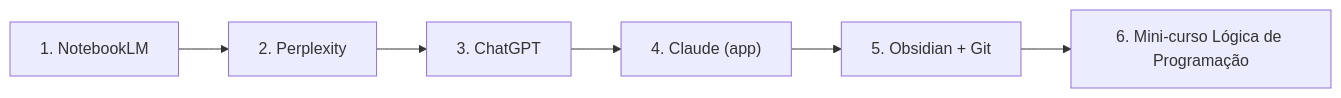
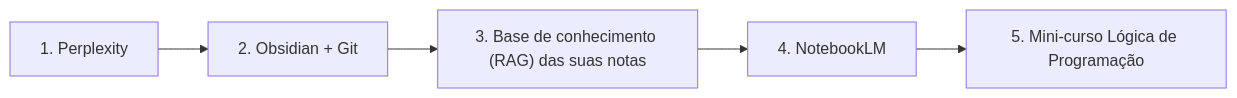
One commit to AlanMateus17/dev-setup changed the fifth of 13 diagrams in docs/fluxos.md. Above: the diagram before and after it, drawn with Mermaid. The commit also changed other lines of this file and 38 other files, not shown here.

````diff
--- a/docs/fluxos.md
+++ b/docs/fluxos.md
@@ -147,14 +147,12 @@
 ```mermaid
 flowchart LR
-  s0["1. NotebookLM"]
-  s1["2. Perplexity"]
-  s2["3. ChatGPT"]
-  s3["4. Claude (app)"]
-  s4["5. Obsidian + Git"]
-  s5["6. Mini-curso Lógica de Programação"]
+  s0["1. Perplexity"]
+  s1["2. Obsidian + Git"]
+  s2["3. Base de conhecimento (RAG) das suas notas"]
+  s3["4. NotebookLM"]
+  s4["5. Mini-curso Lógica de Programação"]
   s0 --> s1
   s1 --> s2
   s2 --> s3
   s3 --> s4
-  s4 --> s5
 ```
````
